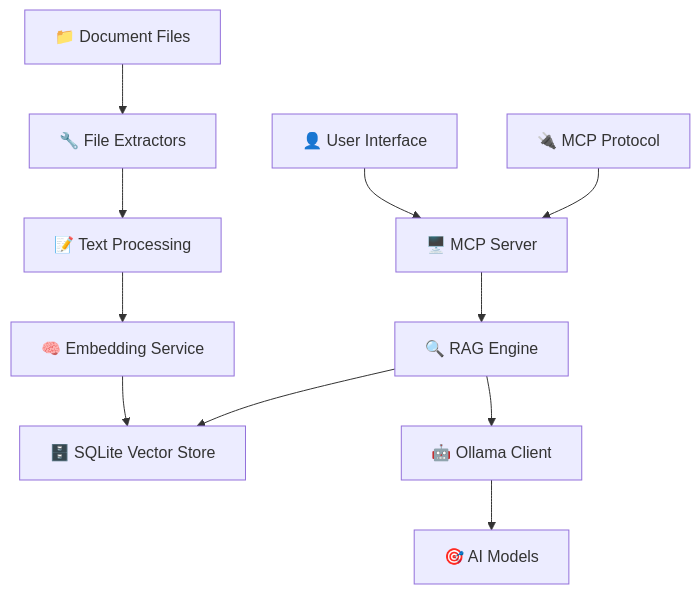
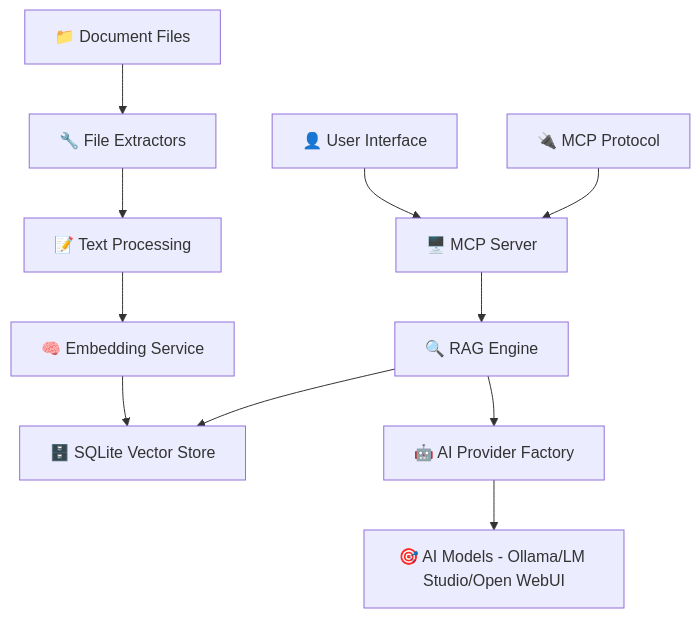
One commit to MikeCheel/HlpAI changed the diagram in README.md. Above: the diagram before and after it, drawn with Mermaid. The commit also changed other lines of this file and 3 other files, not shown here.

````diff
--- a/README.md
+++ b/README.md
@@ -974,15 +128,15 @@
 ```mermaid
 graph TB
     A[📁 Document Files] --> B[🔧 File Extractors]
     B --> C[📝 Text Processing]
     C --> D[🧠 Embedding Service]
     D --> E[🗄️ SQLite Vector Store]
     
     F[👤 User Interface] --> G[🖥️ MCP Server]
     G --> H[🔍 RAG Engine]
     H --> E
-    H --> I[🤖 Ollama Client]
-    I --> J[🎯 AI Models]
+    H --> I[🤖 AI Provider Factory]
+    I --> J[🎯 AI Models - Ollama/LM Studio/Open WebUI]
     
     K[🔌 MCP Protocol] --> G
 ```
````
